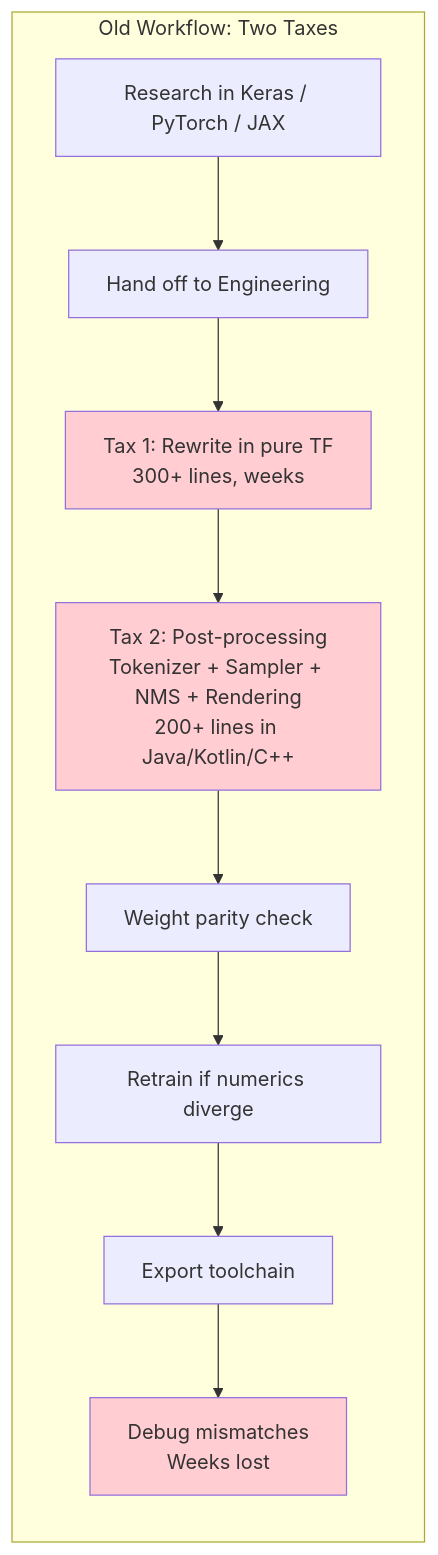
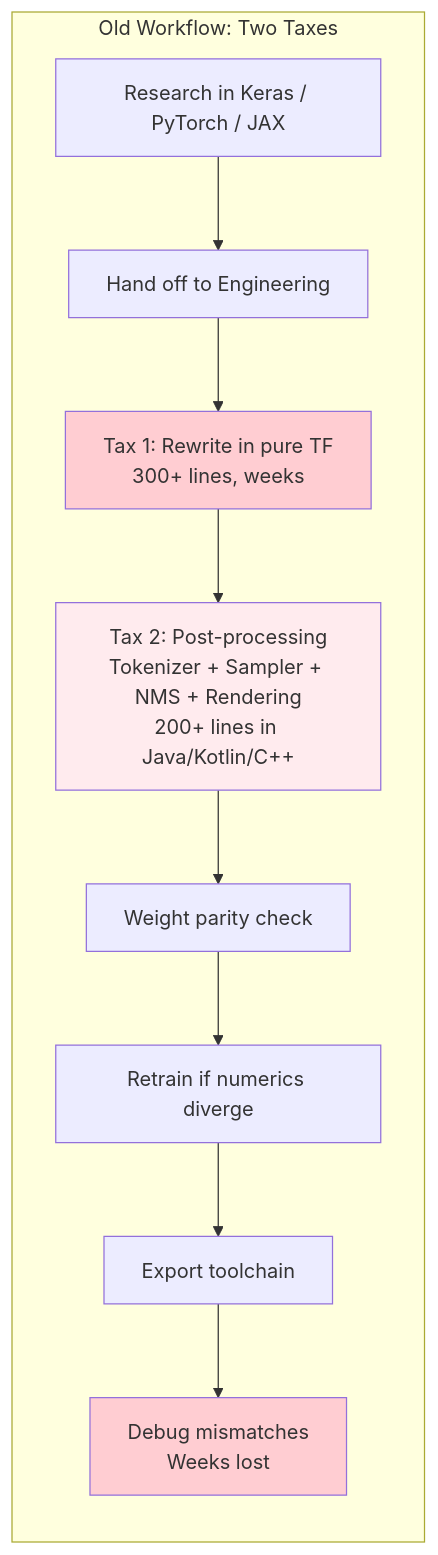
The third of 13 diagrams in slide.md (pctablet505/litert-demo), drawn with Mermaid before and after one commit. The commit also changed other lines of this file, not shown here.

First line of the commit message:
slides: complete reorder into 6-act narrative arc + diagram improvements

````diff
--- a/slide.md
+++ b/slide.md
@@ -206,16 +255,16 @@
 ```mermaid
 flowchart LR
     subgraph OLD["Old Workflow: Two Taxes"]
         direction TB
         A["Research in Keras / PyTorch / JAX"] --> B["Hand off to Engineering"]
         B --> C["Tax 1: Rewrite in pure TF<br/>300+ lines, weeks"]
         C --> D["Tax 2: Post-processing<br/>Tokenizer + Sampler + NMS + Rendering<br/>200+ lines in Java/Kotlin/C++"]
         D --> E["Weight parity check"]
         E --> F["Retrain if numerics diverge"]
         F --> G["Export toolchain"]
         G --> H["Debug mismatches<br/>Weeks lost"]
         style C fill:#ffcdd2
-        style D fill:#ffcdd2
+        style D fill:#ffebee
         style H fill:#ffcdd2
     end
 ```
````
